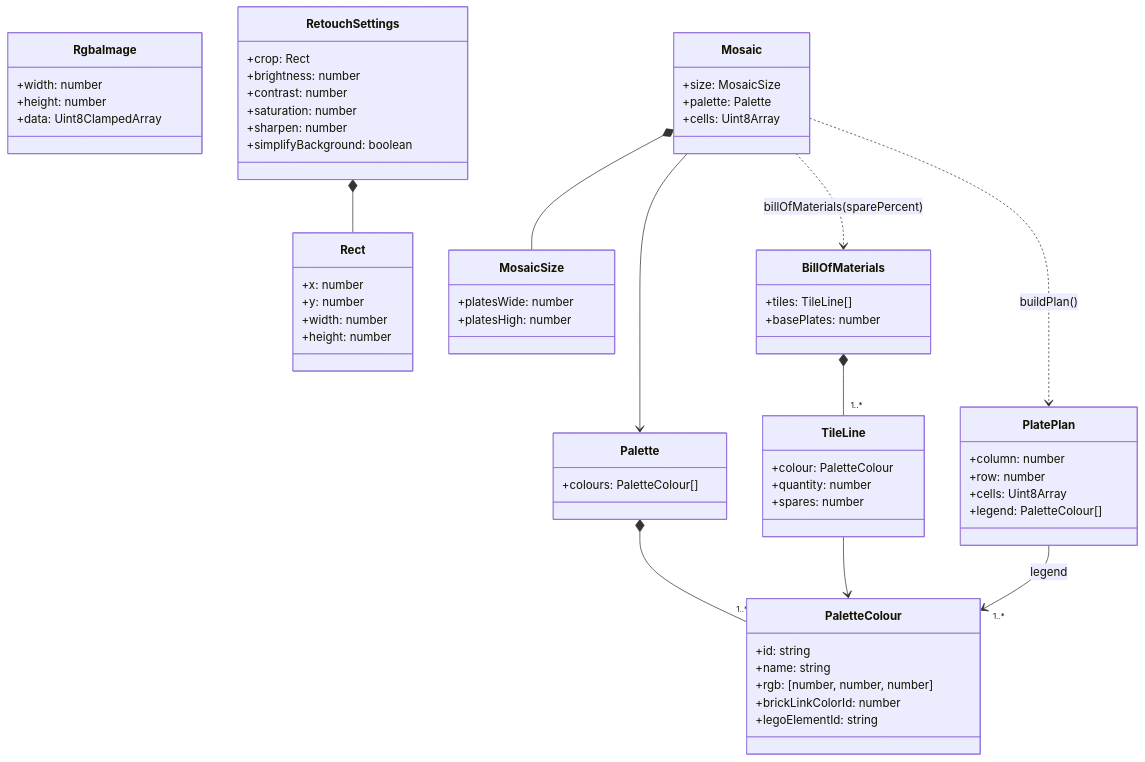
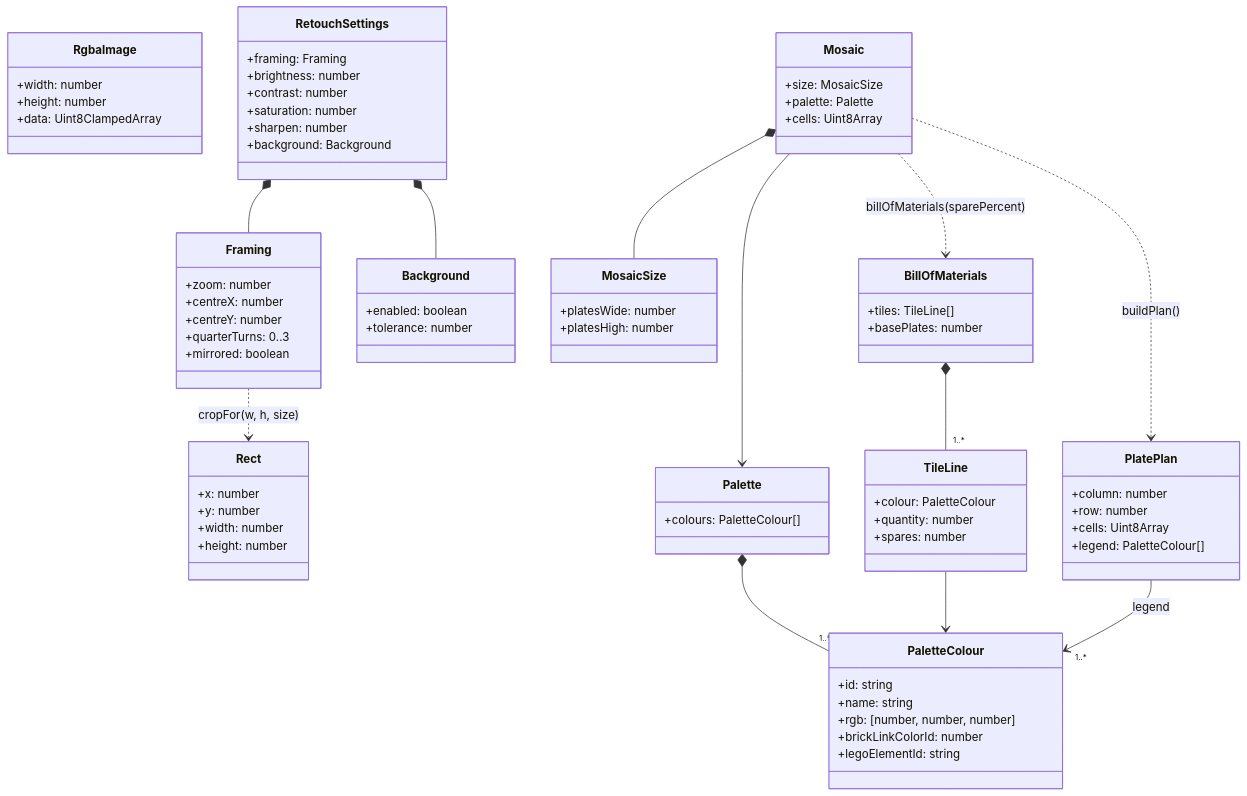
The diagram in docs/architecture/diagrams/mosaic/04-class.md (benoit-bremaud/brickpix), drawn with Mermaid before and after one commit. The commit also changed other lines of this file and 40 other files, not shown here.

````diff
--- a/docs/architecture/diagrams/mosaic/04-class.md
+++ b/docs/architecture/diagrams/mosaic/04-class.md
@@ -10,66 +10,79 @@
 ```mermaid
 classDiagram
     class RgbaImage {
         +width: number
         +height: number
         +data: Uint8ClampedArray
     }
     class RetouchSettings {
-        +crop: Rect
+        +framing: Framing
         +brightness: number
         +contrast: number
         +saturation: number
         +sharpen: number
-        +simplifyBackground: boolean
+        +background: Background
+    }
+    class Framing {
+        +zoom: number
+        +centreX: number
+        +centreY: number
+        +quarterTurns: 0..3
+        +mirrored: boolean
+    }
+    class Background {
+        +enabled: boolean
+        +tolerance: number
     }
     class Rect {
         +x: number
         +y: number
         +width: number
         +height: number
     }
     class PaletteColour {
         +id: string
         +name: string
         +rgb: [number, number, number]
         +brickLinkColorId: number
         +legoElementId: string
     }
     class Palette {
         +colours: PaletteColour[]
     }
     class MosaicSize {
         +platesWide: number
         +platesHigh: number
     }
     class Mosaic {
         +size: MosaicSize
         +palette: Palette
         +cells: Uint8Array
     }
     class PlatePlan {
         +column: number
         +row: number
         +cells: Uint8Array
         +legend: PaletteColour[]
     }
     class BillOfMaterials {
         +tiles: TileLine[]
         +basePlates: number
     }
     class TileLine {
         +colour: PaletteColour
         +quantity: number
         +spares: number
     }
 
-    RetouchSettings *-- Rect
+    RetouchSettings *-- Framing
+    RetouchSettings *-- Background
+    Framing ..> Rect : cropFor(w, h, size)
     Palette *-- "1..*" PaletteColour
     Mosaic *-- MosaicSize
     Mosaic --> Palette
     Mosaic ..> PlatePlan : buildPlan()
     Mosaic ..> BillOfMaterials : billOfMaterials(sparePercent)
     BillOfMaterials *-- "1..*" TileLine
     TileLine --> PaletteColour
     PlatePlan --> "1..*" PaletteColour : legend
 ```
````
